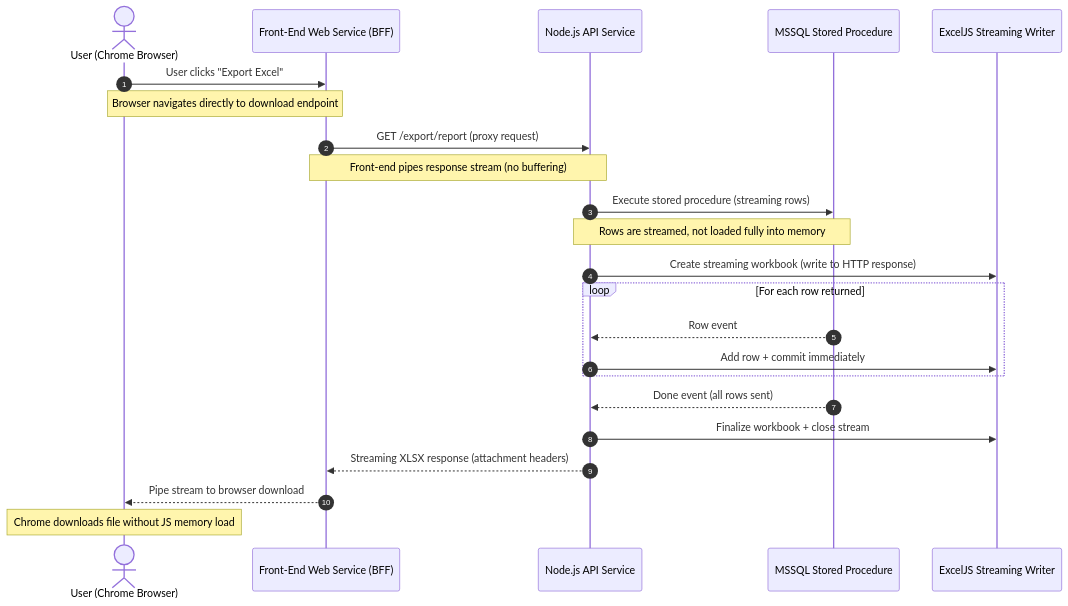
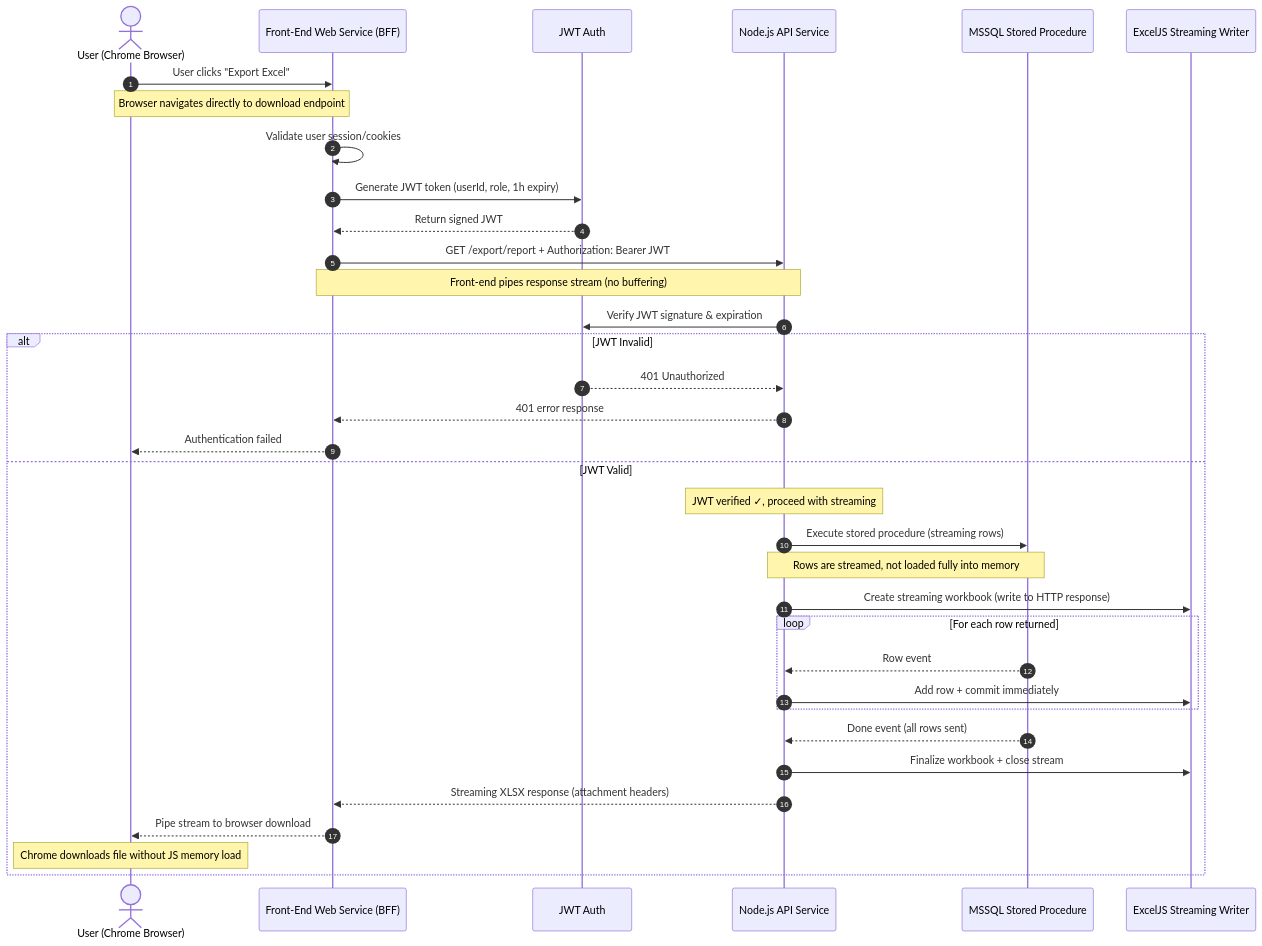
One commit to jeffcaradona/excel-export-streaming changed the diagram in documentation/excel-export-sequence-diagram.md. Above: the diagram before and after it, drawn with Mermaid. The commit also changed 4 other files, not shown here.

````diff
--- a/documentation/excel-export-sequence-diagram.md
+++ b/documentation/excel-export-sequence-diagram.md
@@ -3,35 +3,51 @@
 ```mermaid
 sequenceDiagram
   autonumber
 
   actor U as User (Chrome Browser)
   participant FE as Front-End Web Service (BFF)
+  participant AUTH as JWT Auth
   participant API as Node.js API Service
   participant DB as MSSQL Stored Procedure
   participant XLSX as ExcelJS Streaming Writer
 
   U->>FE: User clicks "Export Excel"
   note over U,FE: Browser navigates directly to download endpoint
 
-  FE->>API: GET /export/report (proxy request)
+  FE->>FE: Validate user session/cookies
+  
+  FE->>AUTH: Generate JWT token (userId, role, 1h expiry)
+  AUTH-->>FE: Return signed JWT
+
+  FE->>API: GET /export/report + Authorization: Bearer JWT
   note over FE,API: Front-end pipes response stream (no buffering)
 
-  API->>DB: Execute stored procedure (streaming rows)
-  note over API,DB: Rows are streamed, not loaded fully into memory
+  API->>AUTH: Verify JWT signature & expiration
+  
+  alt JWT Invalid
+    AUTH-->>API: 401 Unauthorized
+    API-->>FE: 401 error response
+    FE-->>U: Authentication failed
+  else JWT Valid
+    note over API: JWT verified ✓, proceed with streaming
 
-  API->>XLSX: Create streaming workbook (write to HTTP response)
+    API->>DB: Execute stored procedure (streaming rows)
+    note over API,DB: Rows are streamed, not loaded fully into memory
 
-  loop For each row returned
-    DB-->>API: Row event
-    API->>XLSX: Add row + commit immediately
+    API->>XLSX: Create streaming workbook (write to HTTP response)
+
+    loop For each row returned
+      DB-->>API: Row event
+      API->>XLSX: Add row + commit immediately
+    end
+
+    DB-->>API: Done event (all rows sent)
+
+    API->>XLSX: Finalize workbook + close stream
+
+    API-->>FE: Streaming XLSX response (attachment headers)
+    FE-->>U: Pipe stream to browser download
+
+    note over U: Chrome downloads file without JS memory load
   end
-
-  DB-->>API: Done event (all rows sent)
-
-  API->>XLSX: Finalize workbook + close stream
-
-  API-->>FE: Streaming XLSX response (attachment headers)
-  FE-->>U: Pipe stream to browser download
-
-  note over U: Chrome downloads file without JS memory load
 ```
````
